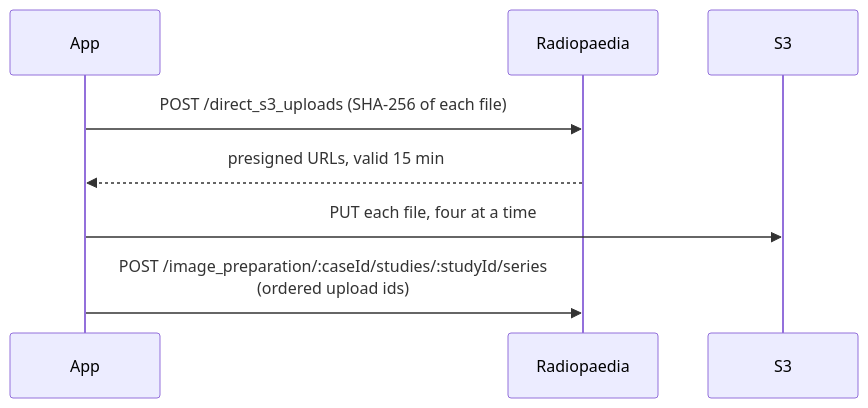
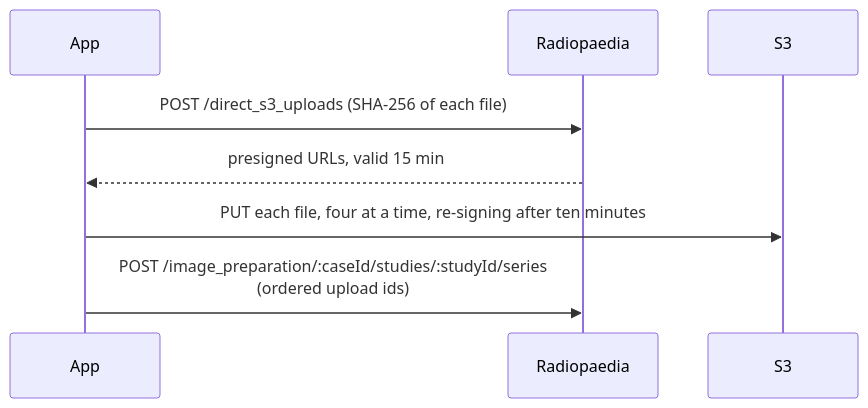
Before and after one commit to gmadevs/Radiouploader: the diagram in docs/internals/upload.md, drawn with Mermaid. The commit also changed other lines of this file and 9 other files, not shown here.

````diff
--- a/docs/internals/upload.md
+++ b/docs/internals/upload.md
@@ -13,10 +13,10 @@
 ```mermaid
 sequenceDiagram
   participant App
   participant Radiopaedia
   participant S3
   App->>Radiopaedia: POST /direct_s3_uploads (SHA-256 of each file)
   Radiopaedia-->>App: presigned URLs, valid 15 min
-  App->>S3: PUT each file, four at a time
+  App->>S3: PUT each file, four at a time, re-signing after ten minutes
   App->>Radiopaedia: POST /image_preparation/:caseId/studies/:studyId/series<br/>(ordered upload ids)
 ```
````
